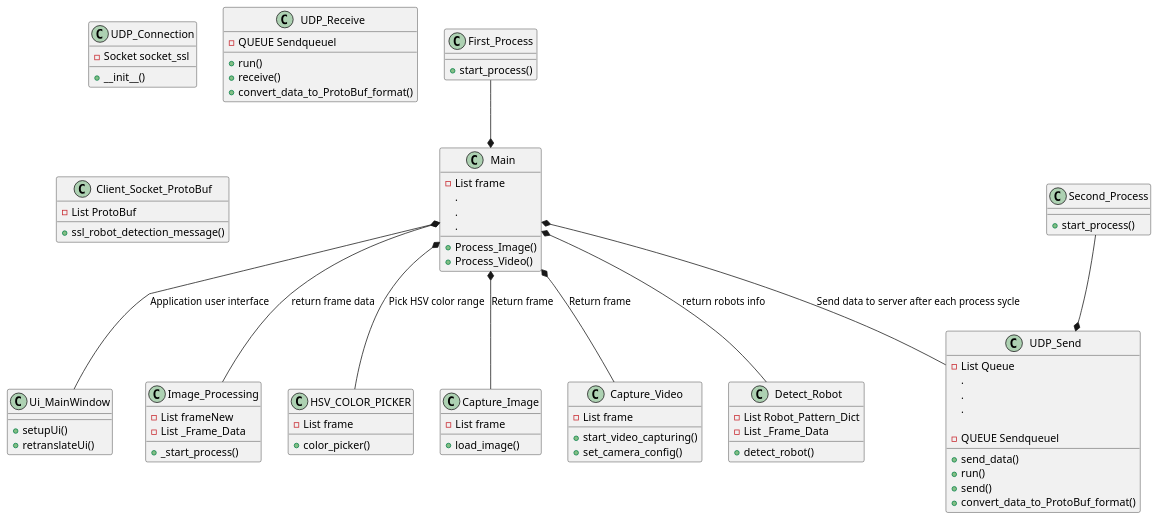
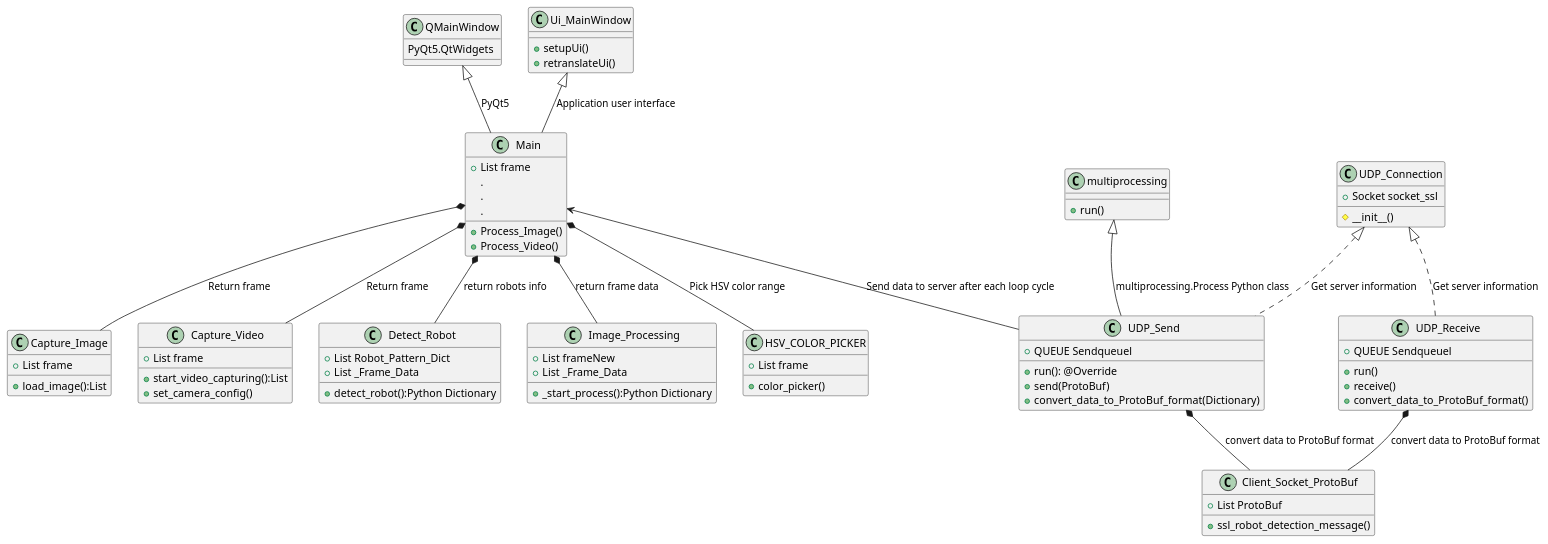
One commit to SiamMiri/RoboCup-SSLVision changed the diagram in ApplicationUML.plantuml. Above: the diagram before and after it, drawn with PlantUML.

```diff
--- a/ApplicationUML.plantuml
+++ b/ApplicationUML.plantuml
@@ -1,106 +1,107 @@
 @startuml
-class First_Process {
-    +start_process()
+
+class QMainWindow {
+PyQt5.QtWidgets
 }
 
-class Second_Process {
-+start_process()
+class Ui_MainWindow {
+  +setupUi()
+  +retranslateUi()
 }
 
 class Main {
-  -List frame
+  +List frame
   .
   .
   .
 
   +Process_Image()
   +Process_Video()
 }
 
 class Detect_Robot {
-  -List Robot_Pattern_Dict
-  -List _Frame_Data
+  +List Robot_Pattern_Dict
+  +List _Frame_Data
 
 
-  +detect_robot()
-}
-
-class Ui_MainWindow {
-  +setupUi()
-  +retranslateUi()
+  +detect_robot():Python Dictionary
 }
 
 class Image_Processing {
-  -List frameNew
-  -List _Frame_Data
+  +List frameNew
+  +List _Frame_Data
 
-  +_start_process()
+  +_start_process():Python Dictionary
 }
 
-class UDP_Send {
-  -List Queue
-  .
-  .
-  .
-
-  +send_data()
-}
 
 class HSV_COLOR_PICKER {
-  -List frame
+  +List frame
 
   +color_picker()
 }
 
 class Capture_Image {
-  -List frame
+  +List frame
 
-  +load_image()
+  +load_image():List
 }
 
 class Capture_Video {
-  -List frame
+  +List frame
 
-  +start_video_capturing()
+  +start_video_capturing():List
   +set_camera_config()
 }
 
 class UDP_Connection {
-  -Socket socket_ssl
+  +Socket socket_ssl
 
-  +__init__()
+  #__init__()
 }
 
 class UDP_Send {
-  -QUEUE Sendqueuel
+  +QUEUE Sendqueuel
+
+  +run(): @Override 
+  +send(ProtoBuf)
+  +convert_data_to_ProtoBuf_format(Dictionary)
+}
+
+class multiprocessing {
 
   +run()
-  +send()
-  +convert_data_to_ProtoBuf_format()
 }
 
 class UDP_Receive {
-  -QUEUE Sendqueuel
+  +QUEUE Sendqueuel
 
   +run()
   +receive()
   +convert_data_to_ProtoBuf_format()
 }
 
 class Client_Socket_ProtoBuf {
-  -List ProtoBuf
+  +List ProtoBuf
 
   +ssl_robot_detection_message()
 }
 
-First_Process --*  Main
-Second_Process --* UDP_Send
+Ui_MainWindow <|-- Main : Application user interface
+QMainWindow <|-- Main : PyQt5
+
+multiprocessing <|-- UDP_Send : multiprocessing.Process Python class
+UDP_Connection <|.. UDP_Send : Get server information
+UDP_Connection <|.. UDP_Receive : Get server information
+UDP_Send *-- Client_Socket_ProtoBuf : convert data to ProtoBuf format
+UDP_Receive *-- Client_Socket_ProtoBuf : convert data to ProtoBuf format
+
 Main *-- Image_Processing : return frame data
 Main *-- Detect_Robot : return robots info
-Main *-- Ui_MainWindow : Application user interface
 Main *-- HSV_COLOR_PICKER : Pick HSV color range
 Main *-- Capture_Image : Return frame
 Main *-- Capture_Video : Return frame
-Main *-- UDP_Send : Send data to server after each process sycle
+
+Main <-- UDP_Send : Send data to server after each loop cycle
 
 @enduml
```
